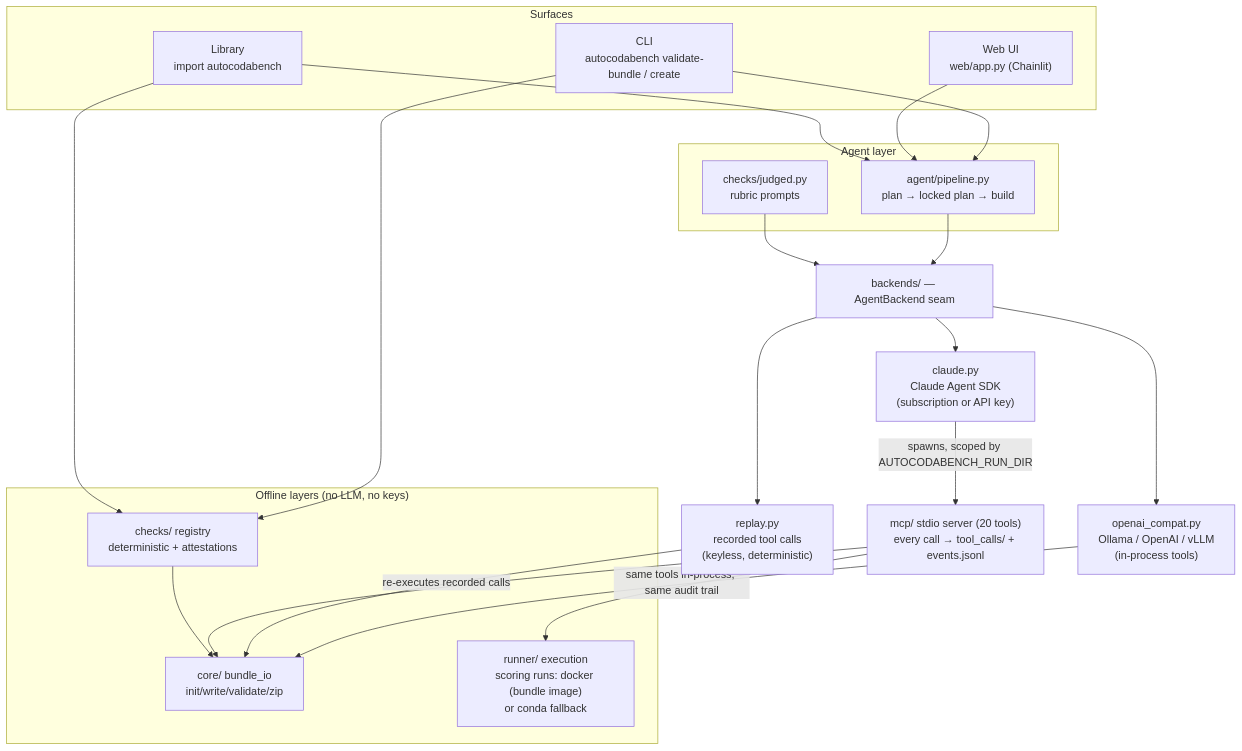
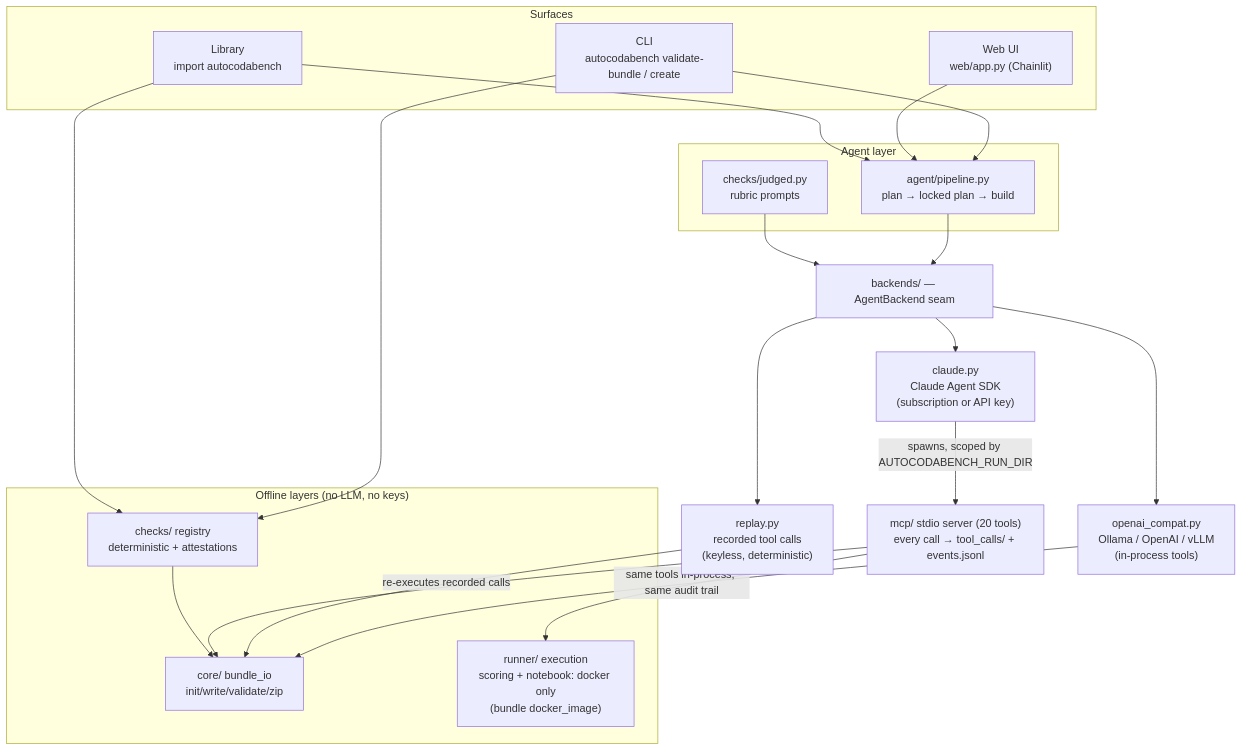
One commit to ihsaan-ullah/auto-codabench changed the diagram in docs/architecture.md. Above: the diagram before and after it, drawn with Mermaid. The commit also changed other lines of this file and 67 other files, not shown here.

First line of the commit message:
Docker execution +  add --pdf flag (#18)

````diff
--- a/docs/architecture.md
+++ b/docs/architecture.md
@@ -130,38 +131,38 @@
 ```mermaid
 flowchart TB
   subgraph surfaces["Surfaces"]
     cli["CLI<br/>autocodabench validate-bundle / create"]
     web["Web UI<br/>web/app.py (Chainlit)"]
     lib["Library<br/>import autocodabench"]
   end
 
   subgraph agentic["Agent layer"]
     pipeline["agent/pipeline.py<br/>plan → locked plan → build"]
     judged["checks/judged.py<br/>rubric prompts"]
   end
 
   seam["backends/ — AgentBackend seam"]
   claude["claude.py<br/>Claude Agent SDK<br/>(subscription or API key)"]
   oai["openai_compat.py<br/>Ollama / OpenAI / vLLM<br/>(in-process tools)"]
   replay["replay.py<br/>recorded tool calls<br/>(keyless, deterministic)"]
 
   subgraph offline["Offline layers (no LLM, no keys)"]
     checks["checks/ registry<br/>deterministic + attestations"]
     core["core/ bundle_io<br/>init/write/validate/zip"]
-    runner["runner/ execution<br/>scoring runs: docker (bundle image)<br/>or conda fallback"]
+    runner["runner/ execution<br/>scoring + notebook: docker only<br/>(bundle docker_image)"]
   end
 
   mcp["mcp/ stdio server (20 tools)<br/>every call → tool_calls/ + events.jsonl"]
 
   cli --> pipeline & checks
   web --> pipeline
   lib --> pipeline & checks
   pipeline --> seam
   judged --> seam
   seam --> claude & oai & replay
   claude -- "spawns, scoped by AUTOCODABENCH_RUN_DIR" --> mcp
   oai -- "same tools in-process, same audit trail" --> core
   replay -- "re-executes recorded calls" --> core
   mcp --> core & runner
   checks --> core
 ```
````
